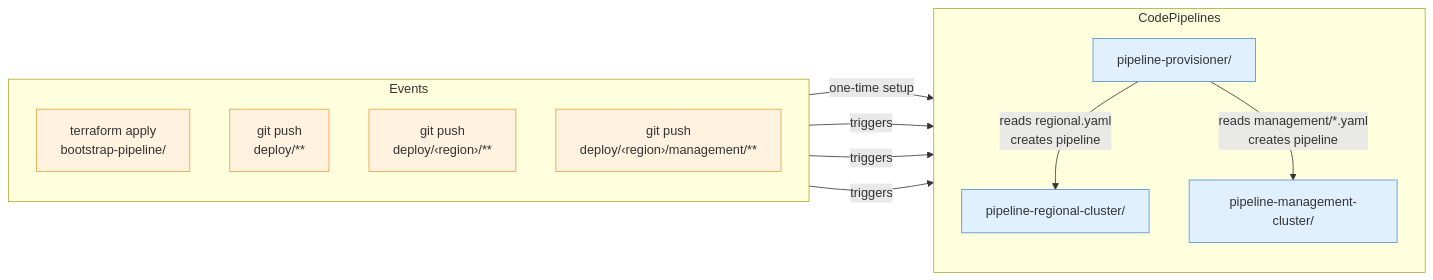
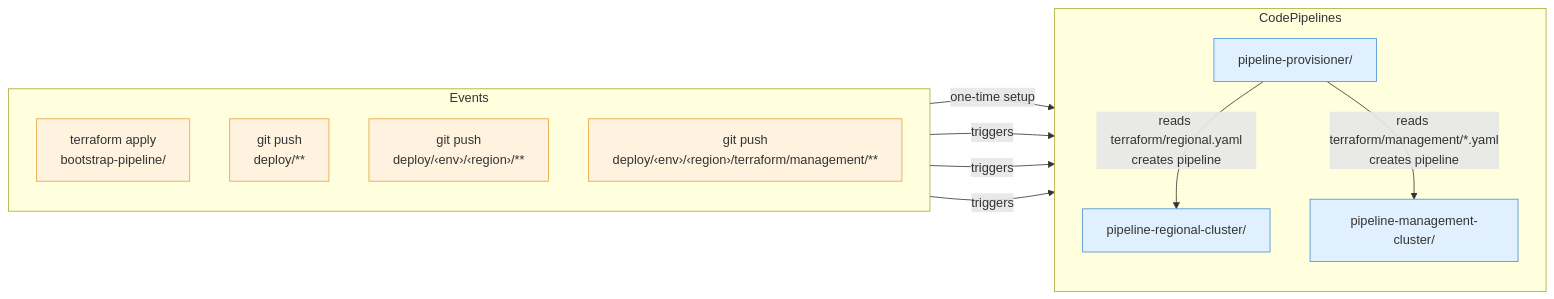
Before and after one commit to cdoan1/rosa-regional-platform: the diagram in terraform/config/README.md, drawn with Mermaid. The commit also changed other lines of this file and 60 other files, not shown here.

First line of the commit message:
Unify deploy/ and argocd/rendered/ under deploy/<env>/<region_alias>/

````diff
--- a/terraform/config/README.md
+++ b/terraform/config/README.md
@@ -5,32 +5,32 @@
 ```mermaid
 flowchart LR
     subgraph events ["Events"]
         direction TB
         TF["terraform apply<br/>bootstrap-pipeline/"]
         G1["git push<br/>deploy/**"]
-        G2["git push<br/>deploy/‹region›/**"]
-        G3["git push<br/>deploy/‹region›/management/**"]
+        G2["git push<br/>deploy/‹env›/‹region›/**"]
+        G3["git push<br/>deploy/‹env›/‹region›/terraform/management/**"]
     end
 
     subgraph pipelines ["CodePipelines"]
         direction TB
         PP["pipeline-provisioner/"]
         RC_PIPE["pipeline-regional-cluster/"]
         MC_PIPE["pipeline-management-cluster/"]
     end
 
     TF -->|one-time setup| PP
     G1 -->|triggers| PP
-    PP -->|"reads regional.yaml<br/>creates pipeline"| RC_PIPE
-    PP -->|"reads management/*.yaml<br/>creates pipeline"| MC_PIPE
+    PP -->|"reads terraform/regional.yaml<br/>creates pipeline"| RC_PIPE
+    PP -->|"reads terraform/management/*.yaml<br/>creates pipeline"| MC_PIPE
     G2 -->|triggers| RC_PIPE
     G3 -->|triggers| MC_PIPE
 
     style TF fill:#fff3e0,stroke:#e6a23c
     style G1 fill:#fff3e0,stroke:#e6a23c
     style G2 fill:#fff3e0,stroke:#e6a23c
     style G3 fill:#fff3e0,stroke:#e6a23c
     style PP fill:#e0f0ff,stroke:#4a90d9
     style RC_PIPE fill:#e0f0ff,stroke:#4a90d9
     style MC_PIPE fill:#e0f0ff,stroke:#4a90d9
 ```
````
